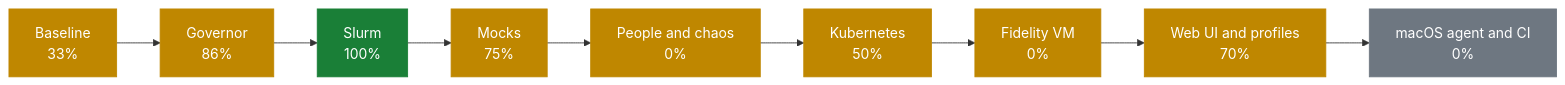
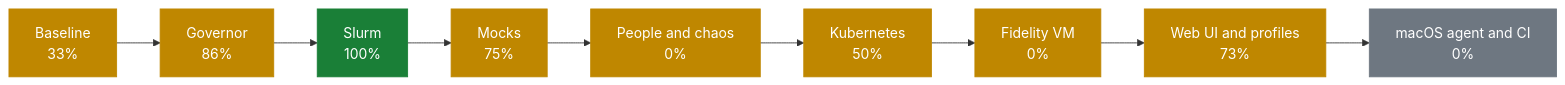
Before and after one commit to AhmedYousriSobhi/workbench: the first of 2 diagrams in docs/PROGRESS.md, drawn with Mermaid. The commit also changed other lines of this file and 10 other files, not shown here.

Commit message:
feat(ui): traffic beside the nodes, with clients and node tiles in the diagram (#118)

````diff
--- a/docs/PROGRESS.md
+++ b/docs/PROGRESS.md
@@ -10,17 +10,17 @@
 ```mermaid
 flowchart LR
     p0["Baseline<br/>33%"]:::partial
     p1["Governor<br/>86%"]:::partial
     p2["Slurm<br/>100%"]:::done
     p3["Mocks<br/>75%"]:::partial
     p4["People and chaos<br/>0%"]:::partial
     p5["Kubernetes<br/>50%"]:::partial
     p6["Fidelity VM<br/>0%"]:::partial
-    p7["Web UI and profiles<br/>70%"]:::partial
+    p7["Web UI and profiles<br/>73%"]:::partial
     p8["macOS agent and CI<br/>0%"]:::todo
     p0 --> p1 --> p2 --> p3 --> p4 --> p5 --> p6 --> p7 --> p8
     classDef done fill:#1a7f37,stroke:#1a7f37,color:#fff
     classDef review fill:#0969da,stroke:#0969da,color:#fff
     classDef partial fill:#bf8700,stroke:#bf8700,color:#fff
     classDef todo fill:#6e7781,stroke:#6e7781,color:#fff
 ```
````
